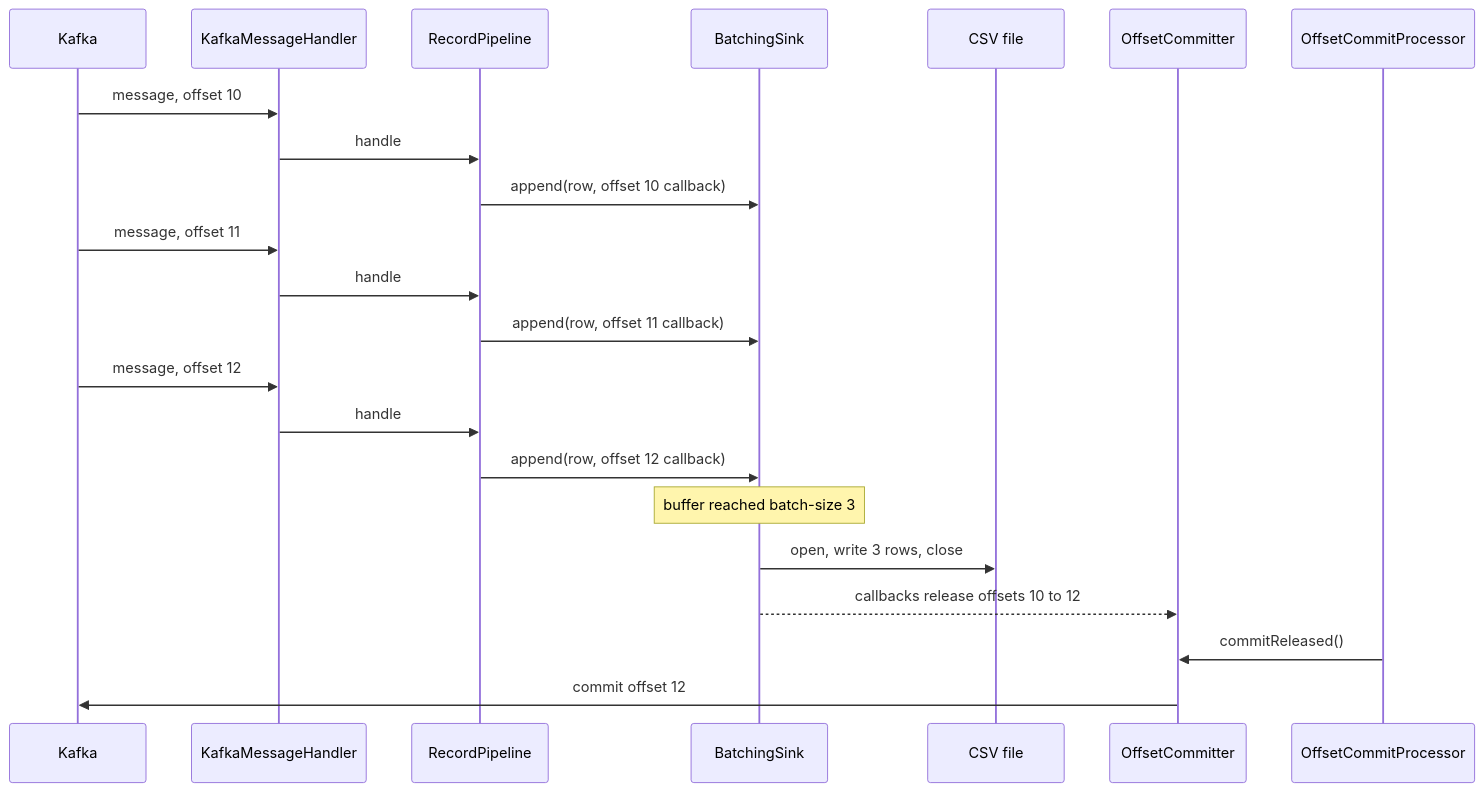
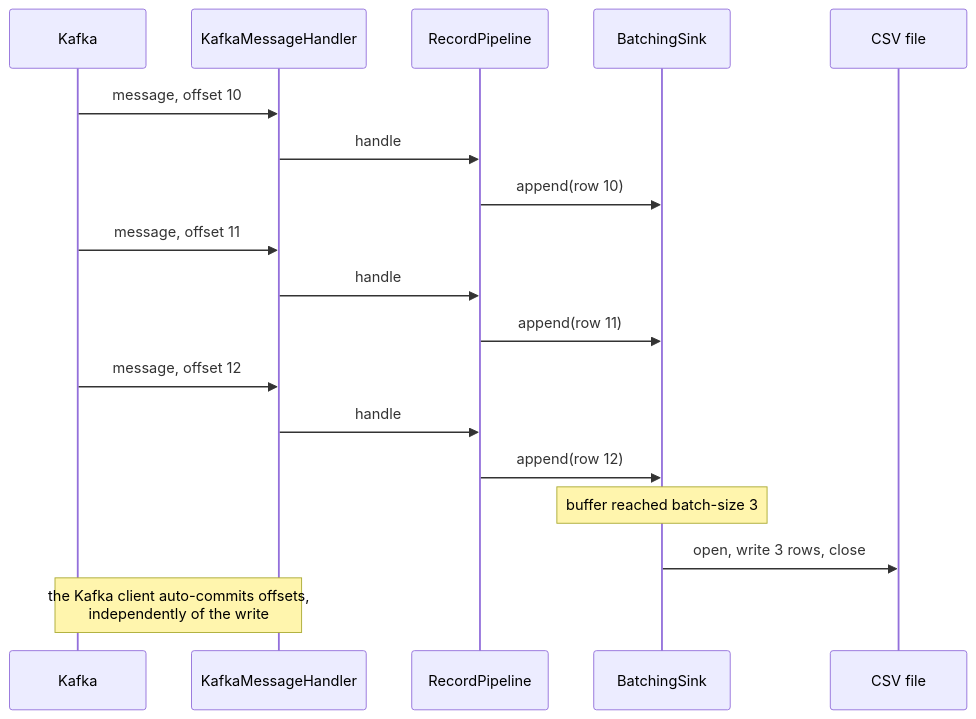
The ninth of 15 diagrams in docs/c4-architecture.md (shanregs/msg-transformer), drawn with Mermaid before and after one commit. The commit also changed other lines of this file and 14 other files, not shown here.

First line of the commit message:
Simplify the Kafka consumer: default Camel offset handling (#12)

````diff
--- a/docs/c4-architecture.md
+++ b/docs/c4-architecture.md
@@ -353,25 +332,21 @@
 ```mermaid
 sequenceDiagram
     participant K as Kafka
     participant R as KafkaMessageHandler
     participant P as RecordPipeline
     participant S as BatchingSink
     participant F as CSV file
-    participant C as OffsetCommitter
-    participant OP as OffsetCommitProcessor
 
     K->>R: message, offset 10
     R->>P: handle
-    P->>S: append(row, offset 10 callback)
+    P->>S: append(row 10)
     K->>R: message, offset 11
     R->>P: handle
-    P->>S: append(row, offset 11 callback)
+    P->>S: append(row 11)
     K->>R: message, offset 12
     R->>P: handle
-    P->>S: append(row, offset 12 callback)
+    P->>S: append(row 12)
     Note over S: buffer reached batch-size 3
     S->>F: open, write 3 rows, close
-    S-->>C: callbacks release offsets 10 to 12
-    OP->>C: commitReleased()
-    C->>K: commit offset 12
+    Note over K,R: the Kafka client auto-commits offsets,<br/>independently of the write
 ```
````
